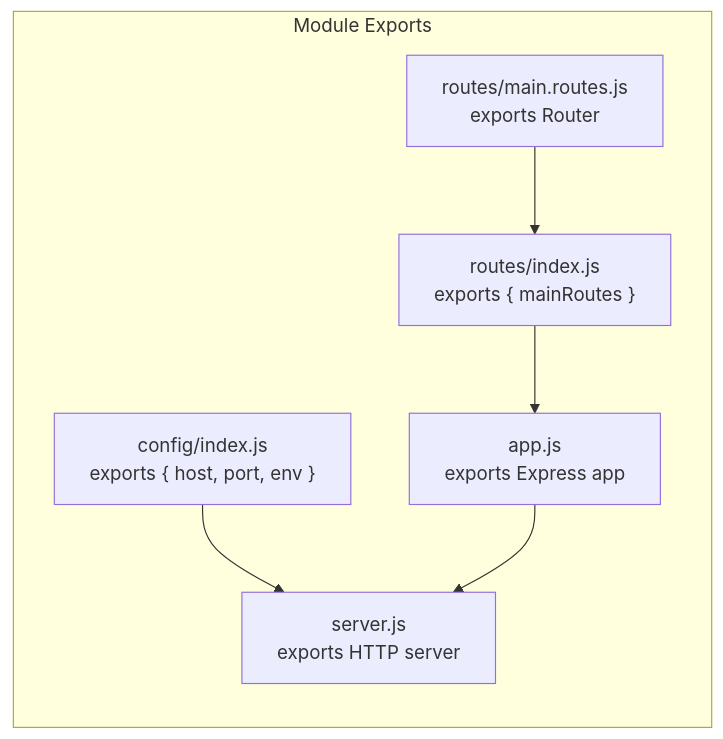
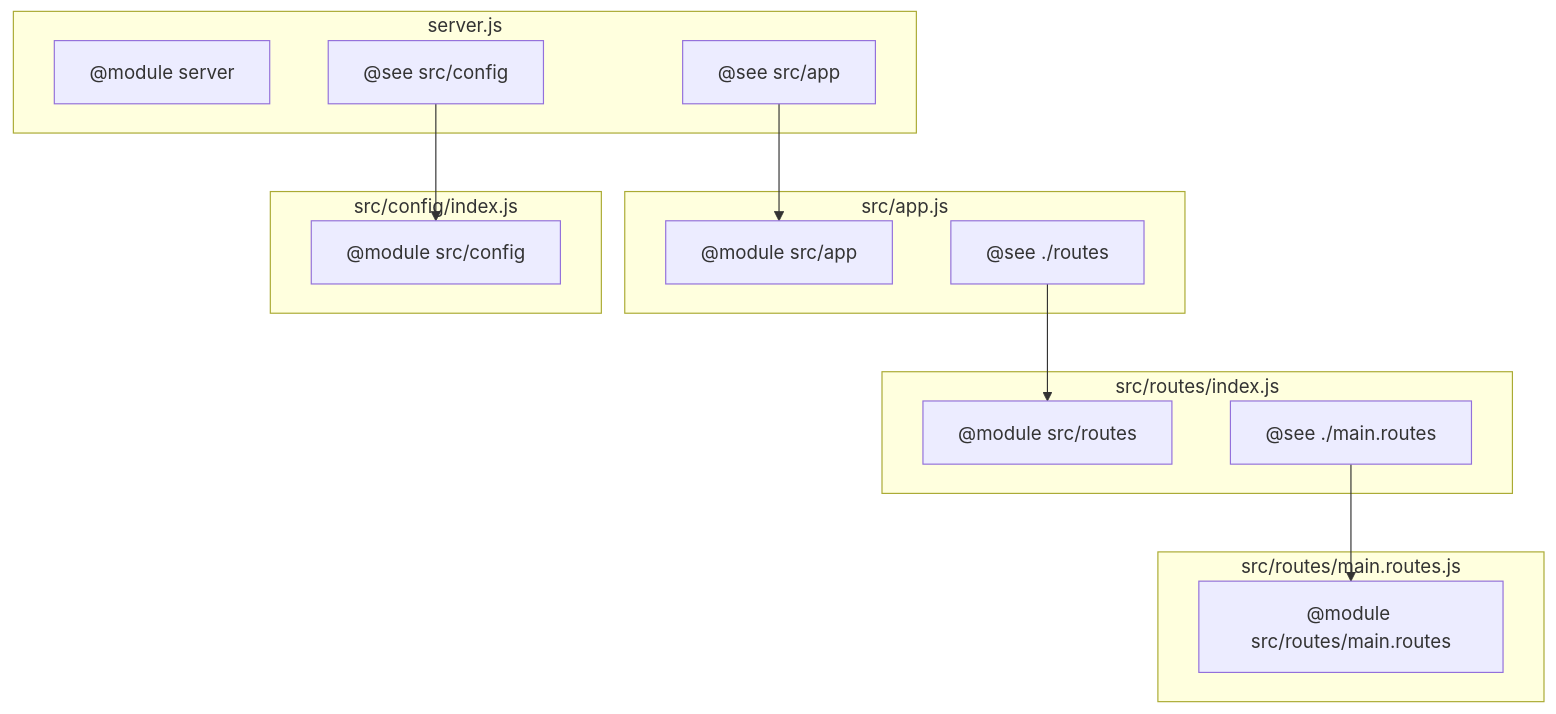
Before and after one commit to sudhanshu-spec/test-spec: the third of 4 diagrams in blitzy/documentation/Technical Specifications.md, drawn with Mermaid. The commit also changed other lines of this file, not shown here.

````diff
--- a/blitzy/documentation/Technical Specifications.md
+++ b/blitzy/documentation/Technical Specifications.md
@@ -336,15 +611,31 @@
 ```mermaid
-flowchart LR
-    subgraph Exports["Module Exports"]
-        Config["config/index.js\nexports { host, port, env }"]
-        MainRoutes["routes/main.routes.js\nexports Router"]
-        RouteIndex["routes/index.js\nexports { mainRoutes }"]
-        App["app.js\nexports Express app"]
-        Server["server.js\nexports HTTP server"]
+flowchart TB
+    subgraph ServerJS["server.js"]
+        S_DOC["@module server"]
+        S_SEE1["@see src/app"]
+        S_SEE2["@see src/config"]
     end
     
-    MainRoutes --> RouteIndex
-    RouteIndex --> App
-    Config --> Server
-    App --> Server
+    subgraph AppJS["src/app.js"]
+        A_DOC["@module src/app"]
+        A_SEE["@see ./routes"]
+    end
+    
+    subgraph ConfigJS["src/config/index.js"]
+        C_DOC["@module src/config"]
+    end
+    
+    subgraph RoutesIndex["src/routes/index.js"]
+        RI_DOC["@module src/routes"]
+        RI_SEE["@see ./main.routes"]
+    end
+    
+    subgraph MainRoutes["src/routes/main.routes.js"]
+        MR_DOC["@module src/routes/main.routes"]
+    end
+    
+    S_SEE1 --> A_DOC
+    S_SEE2 --> C_DOC
+    A_SEE --> RI_DOC
+    RI_SEE --> MR_DOC
 ```
````
